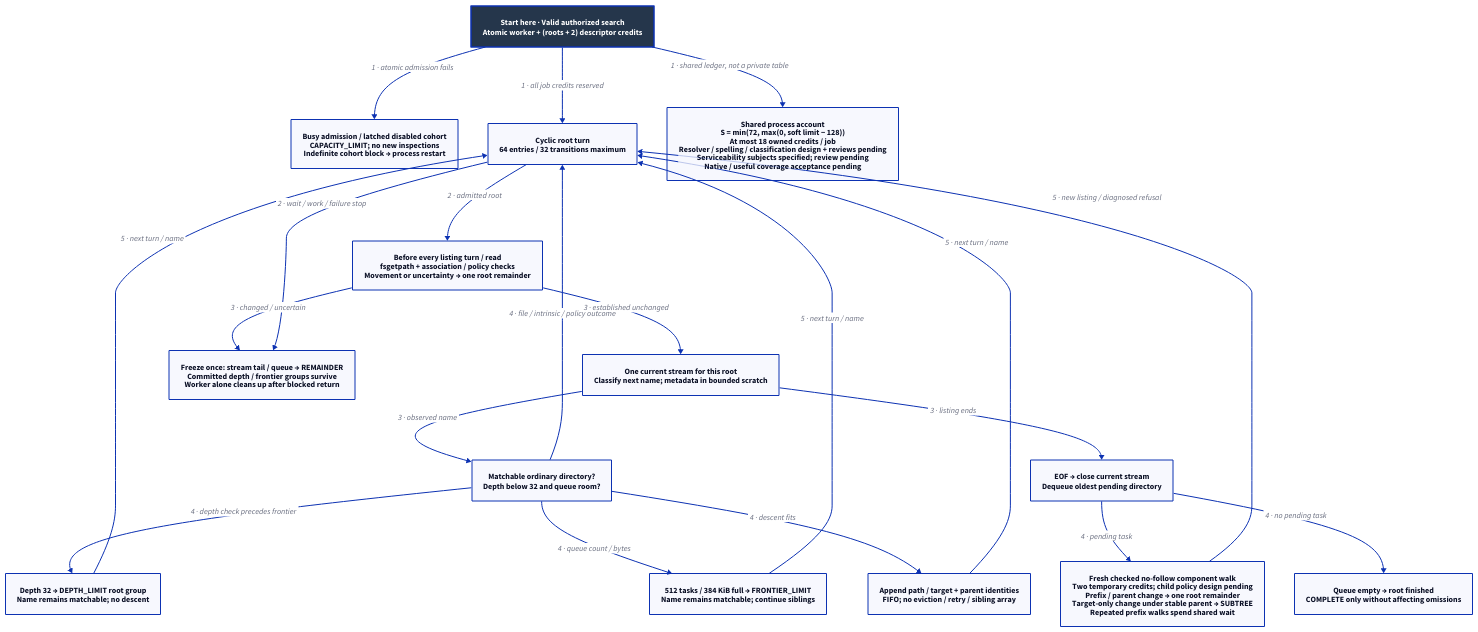
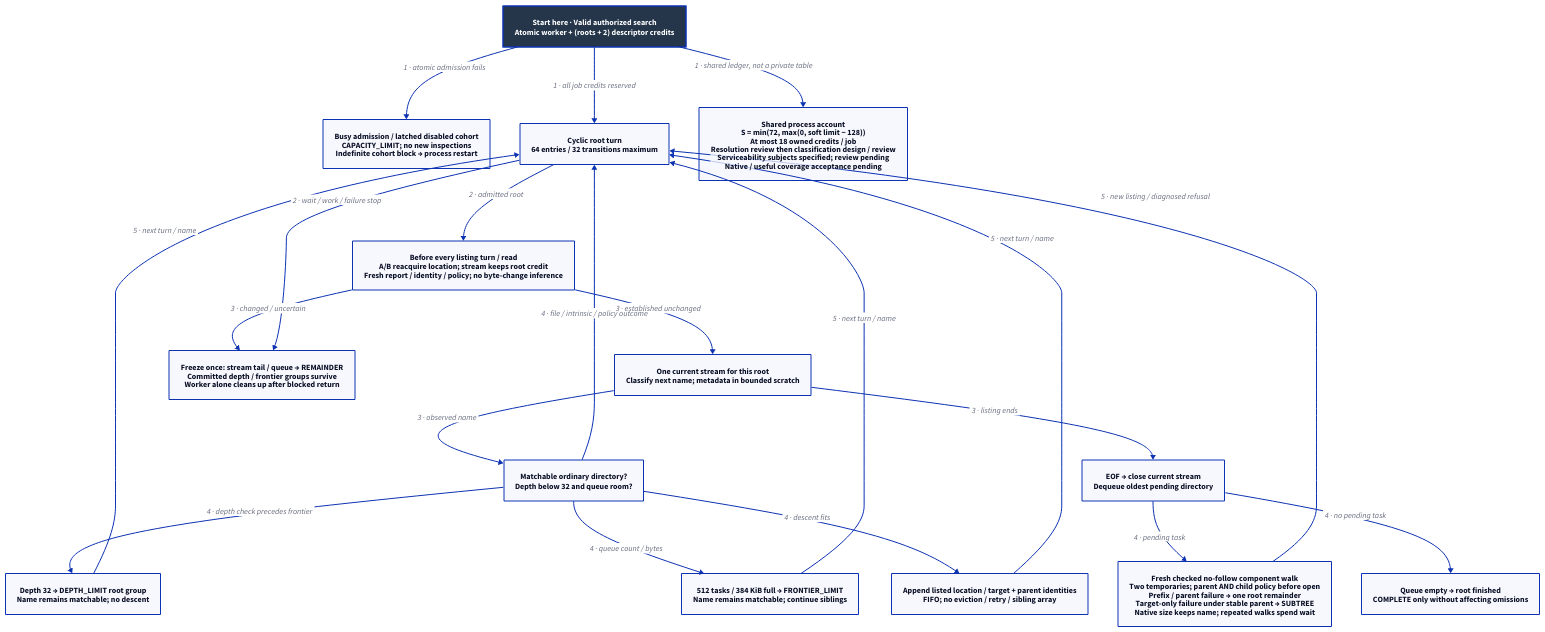
Before and after one commit to Linkuistics/Koine: the diagram in docs/design/architecture/search-traversal.d2, drawn with D2. The commit also changed 30 other files, not shown here.

Commit message:
search-path-resolution-k122: specify bounded resolution and observed spelling

```diff
--- a/docs/design/architecture/search-traversal.d2
+++ b/docs/design/architecture/search-traversal.d2
@@ -1,38 +1,38 @@
 # Proposed per-root algorithm; process account is shared by every job/instance.
 direction: down
 classes: {
   start: {style: {fill: "#25364B"; font-color: "#FFFFFF"; bold: true; stroke-width: 3}}
 }
 Start: "Start here · Valid authorized search\nAtomic worker + (roots + 2) descriptor credits" {class: start}
 Refuse: "Busy admission / latched disabled cohort\nCAPACITY_LIMIT; no new inspections\nIndefinite cohort block → process restart"
 Cycle: "Cyclic root turn\n64 entries / 32 transitions maximum"
-Check: "Before every listing turn / read\nfsgetpath + association / policy checks\nMovement or uncertainty → one root remainder"
+Check: "Before every listing turn / read\nA/B reacquire location; stream keeps root credit\nFresh report / identity / policy; no byte-change inference"
 Stream: "One current stream for this root\nClassify next name; metadata in bounded scratch"
 Anchor: "Matchable ordinary directory?\nDepth below 32 and queue room?"
 Depth: "Depth 32 → DEPTH_LIMIT root group\nName remains matchable; no descent"
 Frontier: "512 tasks / 384 KiB full → FRONTIER_LIMIT\nName remains matchable; continue siblings"
-Queue: "Append path / target + parent identities\nFIFO; no eviction / retry / sibling array"
+Queue: "Append listed location / target + parent identities\nFIFO; no eviction / retry / sibling array"
 EOF: "EOF → close current stream\nDequeue oldest pending directory"
 Done: "Queue empty → root finished\nCOMPLETE only without affecting omissions"
-Walk: "Fresh checked no-follow component walk\nTwo temporary credits; child policy design pending\nPrefix / parent change → one root remainder\nTarget-only change under stable parent → SUBTREE\nRepeated prefix walks spend shared wait"
+Walk: "Fresh checked no-follow component walk\nTwo temporaries; parent AND child policy before open\nPrefix / parent failure → one root remainder\nTarget-only failure under stable parent → SUBTREE\nNative size keeps name; repeated walks spend wait"
 Stop: "Freeze once: stream tail / queue → REMAINDER\nCommitted depth / frontier groups survive\nWorker alone cleans up after blocked return"
-Limits: "Shared process account\nS = min(72, max(0, soft limit − 128))\nAt most 18 owned credits / job\nResolver / spelling / classification design + reviews pending\nServiceability subjects specified; review pending\nNative / useful coverage acceptance pending"
+Limits: "Shared process account\nS = min(72, max(0, soft limit − 128))\nAt most 18 owned credits / job\nResolution review then classification design / review\nServiceability subjects specified; review pending\nNative / useful coverage acceptance pending"
 Start -> Refuse: "1 · atomic admission fails"
 Start -> Cycle: "1 · all job credits reserved"
 Start -> Limits: "1 · shared ledger, not a private table"
 Cycle -> Check: "2 · admitted root"
 Check -> Stream: "3 · established unchanged"
 Check -> Stop: "3 · changed / uncertain"
 Stream -> Anchor: "3 · observed name"
 Anchor -> Depth: "4 · depth check precedes frontier"
 Anchor -> Frontier: "4 · queue count / bytes"
 Anchor -> Queue: "4 · descent fits"
 Anchor -> Cycle: "4 · file / intrinsic / policy outcome"
 Depth -> Cycle: "5 · next turn / name"
 Frontier -> Cycle: "5 · next turn / name"
 Queue -> Cycle: "5 · next turn / name"
 Stream -> EOF: "3 · listing ends"
 EOF -> Walk: "4 · pending task"
 EOF -> Done: "4 · no pending task"
 Walk -> Cycle: "5 · new listing / diagnosed refusal"
 Cycle -> Stop: "2 · wait / work / failure stop"
```
